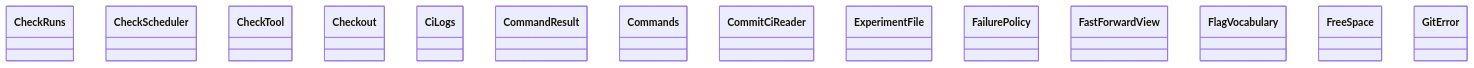
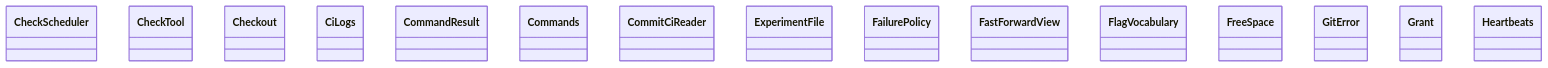
One commit to GonzaloZevallos/agentic-system changed the diagram in docs/architecture/generated/classes-process-application-support-2.md. Above: the diagram before and after it, drawn with Mermaid. The commit also changed other lines of this file and 24 other files, not shown here.

````diff
--- a/docs/architecture/generated/classes-process-application-support-2.md
+++ b/docs/architecture/generated/classes-process-application-support-2.md
@@ -19,17 +19,18 @@
 ```mermaid
 classDiagram
-    class ports__CheckRuns["CheckRuns"]
     class ports__CheckScheduler["CheckScheduler"]
     class ports__CheckTool["CheckTool"]
     class ports__Checkout["Checkout"]
     class ports__CiLogs["CiLogs"]
     class ports__CommandResult["CommandResult"]
     class ports__Commands["Commands"]
     class ports__CommitCiReader["CommitCiReader"]
     class ports__ExperimentFile["ExperimentFile"]
     class ports__FailurePolicy["FailurePolicy"]
     class ports__FastForwardView["FastForwardView"]
     class ports__FlagVocabulary["FlagVocabulary"]
     class ports__FreeSpace["FreeSpace"]
     class ports__GitError["GitError"]
+    class ports__Grant["Grant"]
+    class ports__Heartbeats["Heartbeats"]
 ```
````
